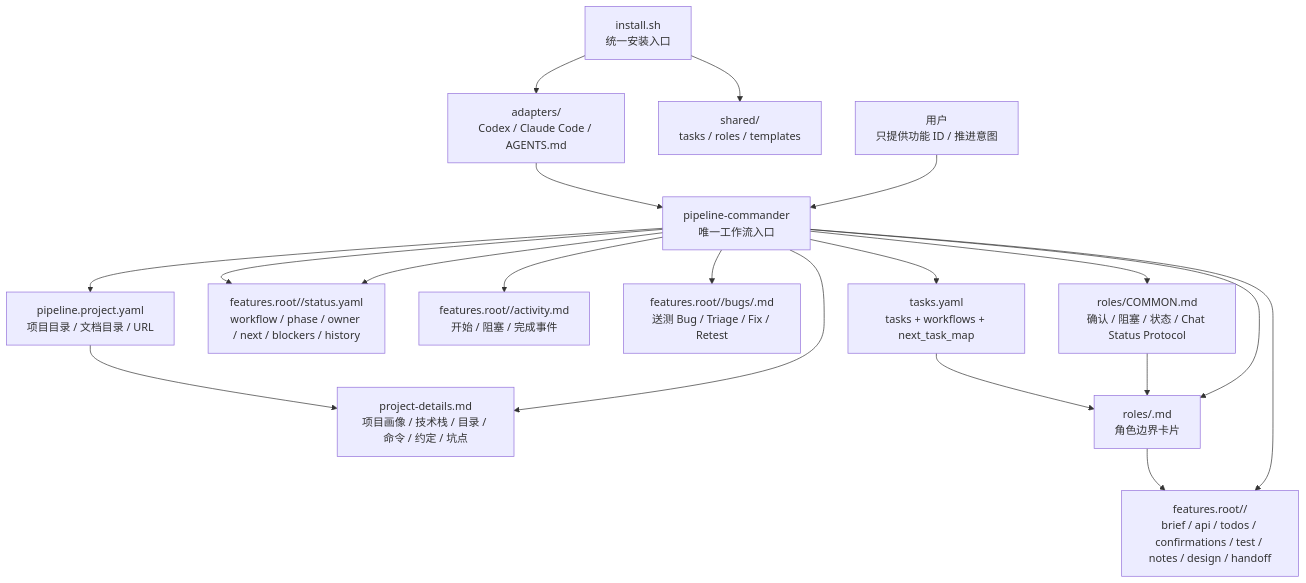
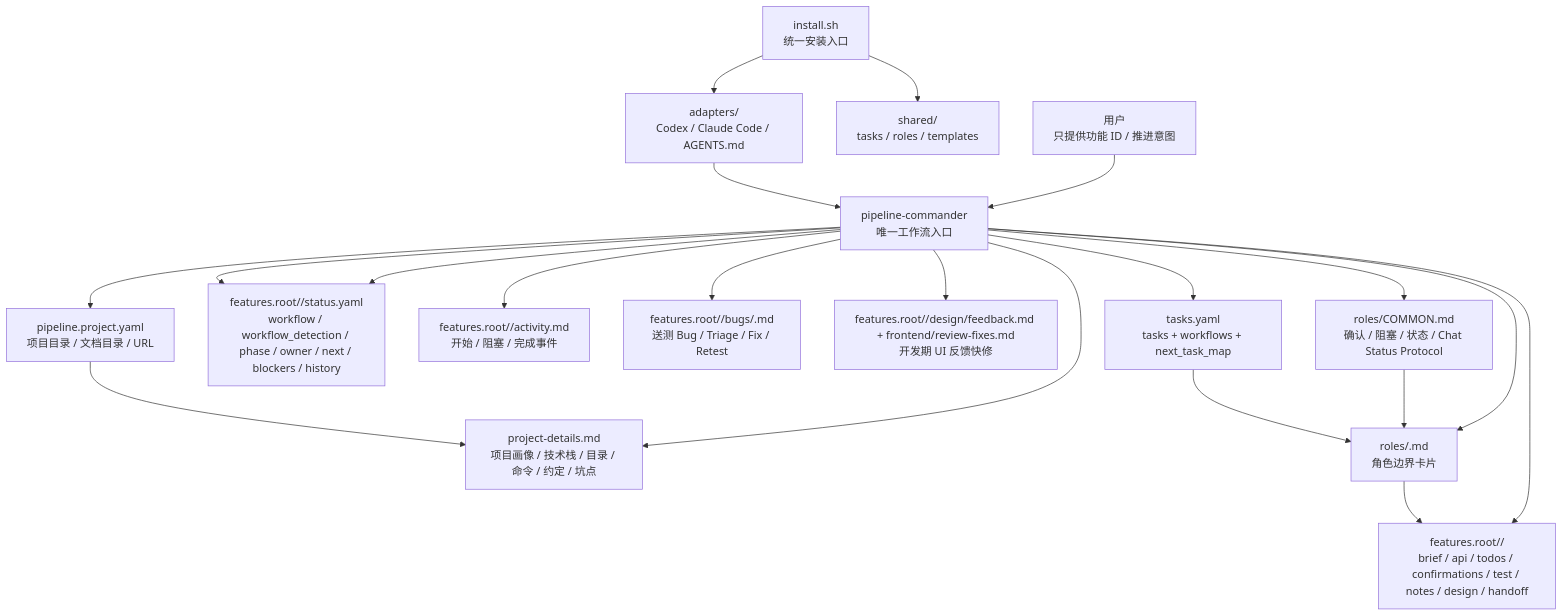
One commit to Jasmine-dong/skill_flow changed the first of 6 diagrams in docs/ARCHITECTURE.md. Above: the diagram before and after it, drawn with Mermaid. The commit also changed other lines of this file and 17 other files, not shown here.

````diff
--- a/docs/ARCHITECTURE.md
+++ b/docs/ARCHITECTURE.md
@@ -5,36 +5,38 @@
 ```mermaid
 flowchart TD
   User["用户\n只提供功能 ID / 推进意图"]
   Install["install.sh\n统一安装入口"]
   Shared["shared/\ntasks / roles / templates"]
   Adapters["adapters/\nCodex / Claude Code / AGENTS.md"]
   Commander["pipeline-commander\n唯一工作流入口"]
   Config["pipeline.project.yaml\n项目目录 / 文档目录 / URL"]
   ProjectDetails["project-details.md\n项目画像 / 技术栈 / 目录 / 命令 / 约定 / 坑点"]
-  Status["features.root/<feature-id>/status.yaml\nworkflow / phase / owner / next / blockers / history"]
+  Status["features.root/<feature-id>/status.yaml\nworkflow / workflow_detection / phase / owner / next / blockers / history"]
   Activity["features.root/<feature-id>/activity.md\n开始 / 阻塞 / 完成事件"]
   Bugs["features.root/<feature-id>/bugs/<bug-id>.md\n送测 Bug / Triage / Fix / Retest"]
+  UIFeedback["features.root/<feature-id>/design/feedback.md + frontend/review-fixes.md\n开发期 UI 反馈快修"]
   Tasks["tasks.yaml\ntasks + workflows + next_task_map"]
   Common["roles/COMMON.md\n确认 / 阻塞 / 状态 / Chat Status Protocol"]
   Role["roles/<agent>.md\n角色边界卡片"]
   Feature["features.root/<feature-id>/\nbrief / api / todos / confirmations / test / notes / design / handoff"]
 
   Install --> Shared
   Install --> Adapters
   Adapters --> Commander
   User --> Commander
   Commander --> Config
   Config --> ProjectDetails
   Commander --> ProjectDetails
   Commander --> Status
   Commander --> Activity
   Commander --> Bugs
+  Commander --> UIFeedback
   Commander --> Tasks
   Tasks --> Role
   Commander --> Common
   Common --> Role
   Commander --> Role
   Role --> Feature
   Commander --> Feature
   Commander --> Status
 ```
````
